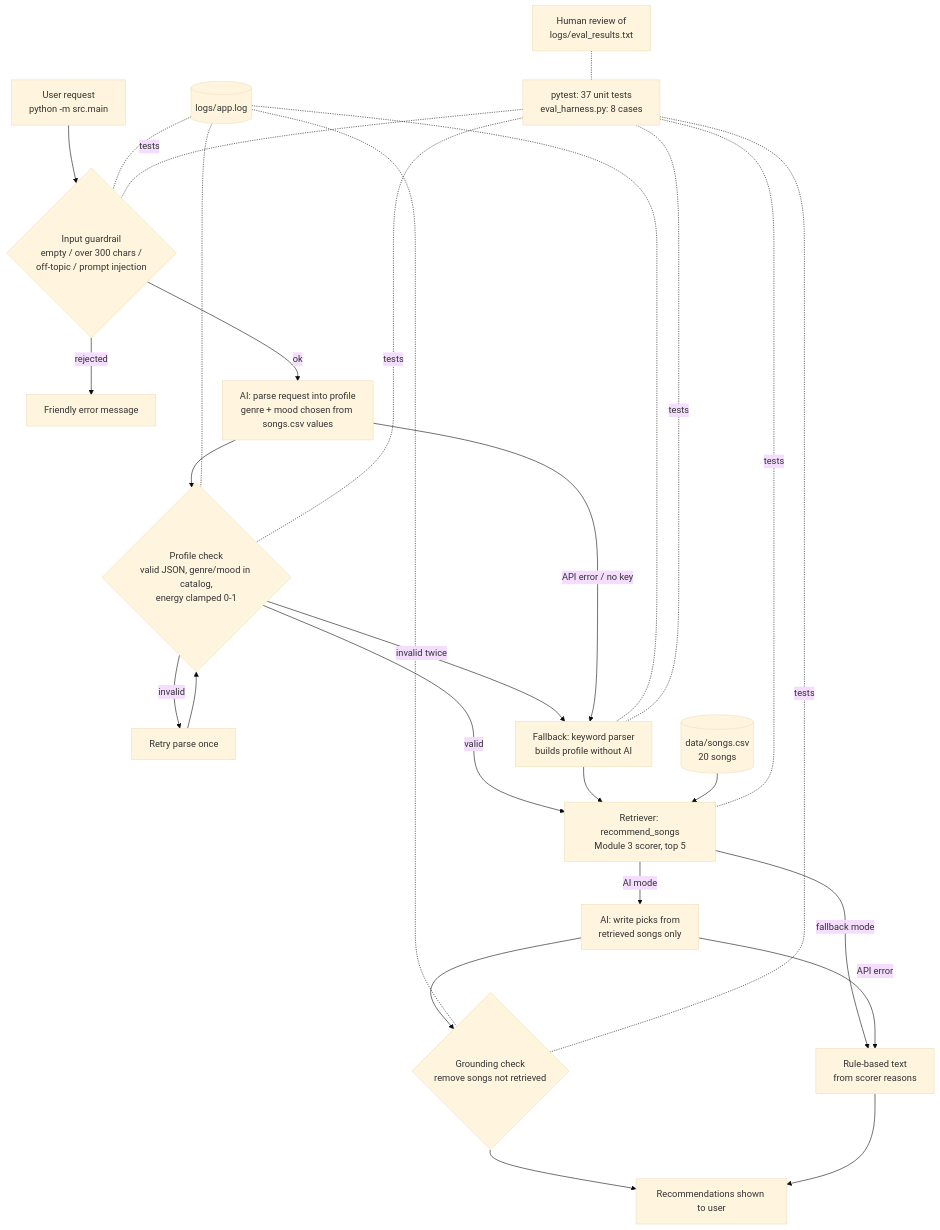
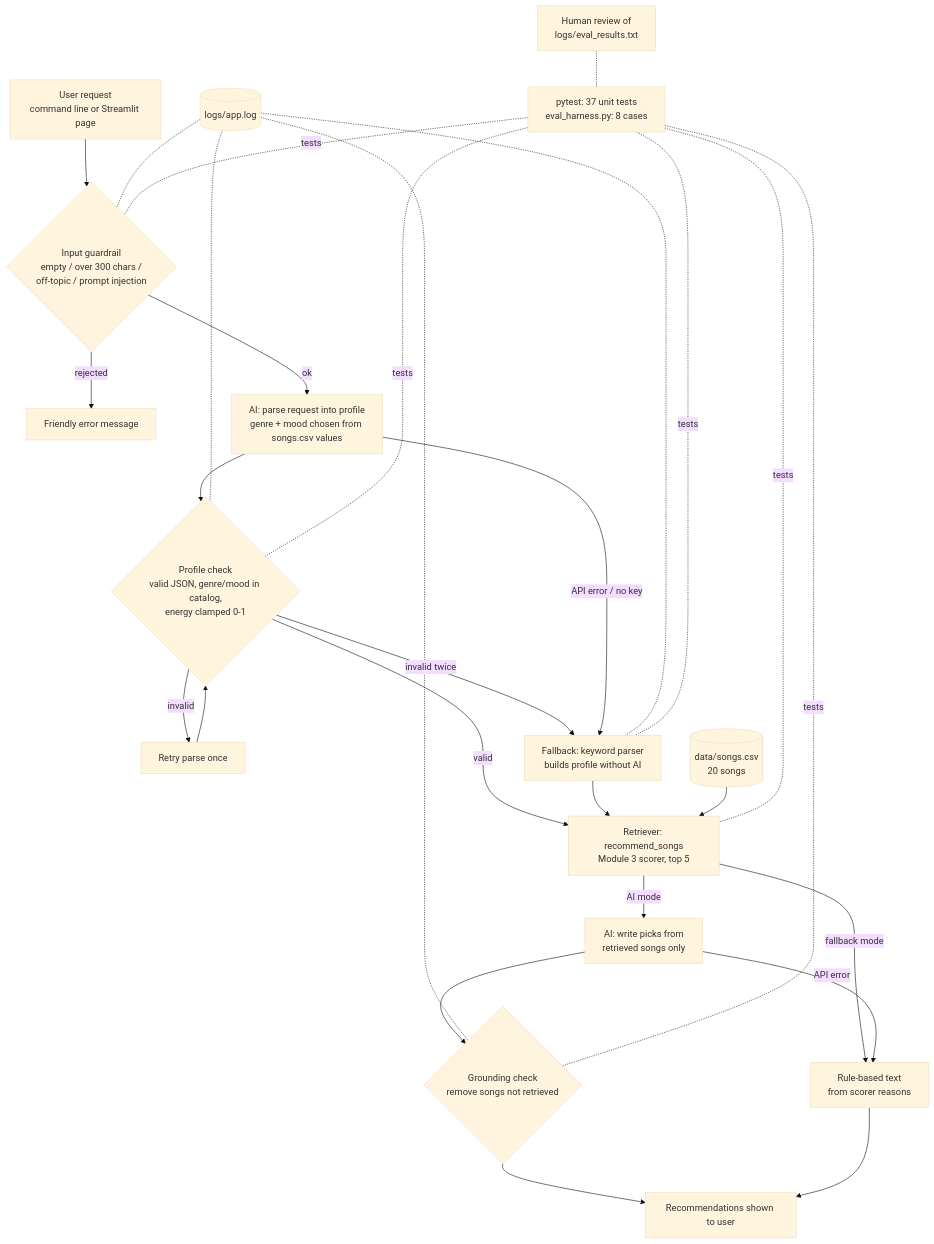
Before and after one commit to IdyR17/applied-ai-system-final: the diagram in diagrams/architecture.mmd, drawn with Mermaid (base theme). The commit also changed 5 other files, not shown here.

First line of the commit message:
Add Streamlit page for presenting the assistant

```diff
--- a/diagrams/architecture.mmd
+++ b/diagrams/architecture.mmd
@@ -1,22 +1,22 @@
 flowchart TD
-    U[User request<br/>python -m src.main] --> G1{Input guardrail<br/>empty / over 300 chars /<br/>off-topic / prompt injection}
+    U[User request<br/>command line or Streamlit page] --> G1{Input guardrail<br/>empty / over 300 chars /<br/>off-topic / prompt injection}
     G1 -- rejected --> R1[Friendly error message]
     G1 -- ok --> P[AI: parse request into profile<br/>genre + mood chosen from songs.csv values]
     P --> G2{Profile check<br/>valid JSON, genre/mood in catalog,<br/>energy clamped 0-1}
     G2 -- invalid --> RETRY[Retry parse once]
     RETRY --> G2
     G2 -- invalid twice --> KW[Fallback: keyword parser<br/>builds profile without AI]
     P -- API error / no key --> KW
     G2 -- valid --> RET[Retriever: recommend_songs<br/>Module 3 scorer, top 5]
     KW --> RET
     DB[(data/songs.csv<br/>20 songs)] --> RET
     RET -- AI mode --> GEN[AI: write picks from<br/>retrieved songs only]
     RET -- fallback mode --> RB[Rule-based text<br/>from scorer reasons]
     GEN -- API error --> RB
     GEN --> G3{Grounding check<br/>remove songs not retrieved}
     G3 --> OUT[Recommendations shown to user]
     RB --> OUT
 
     LOG[(logs/app.log)] -.- G1 & G2 & G3 & KW
     T[pytest: 37 unit tests<br/>eval_harness.py: 8 cases] -. tests .- G1 & G2 & G3 & RET & KW
     H[Human review of<br/>logs/eval_results.txt] -.- T
```
